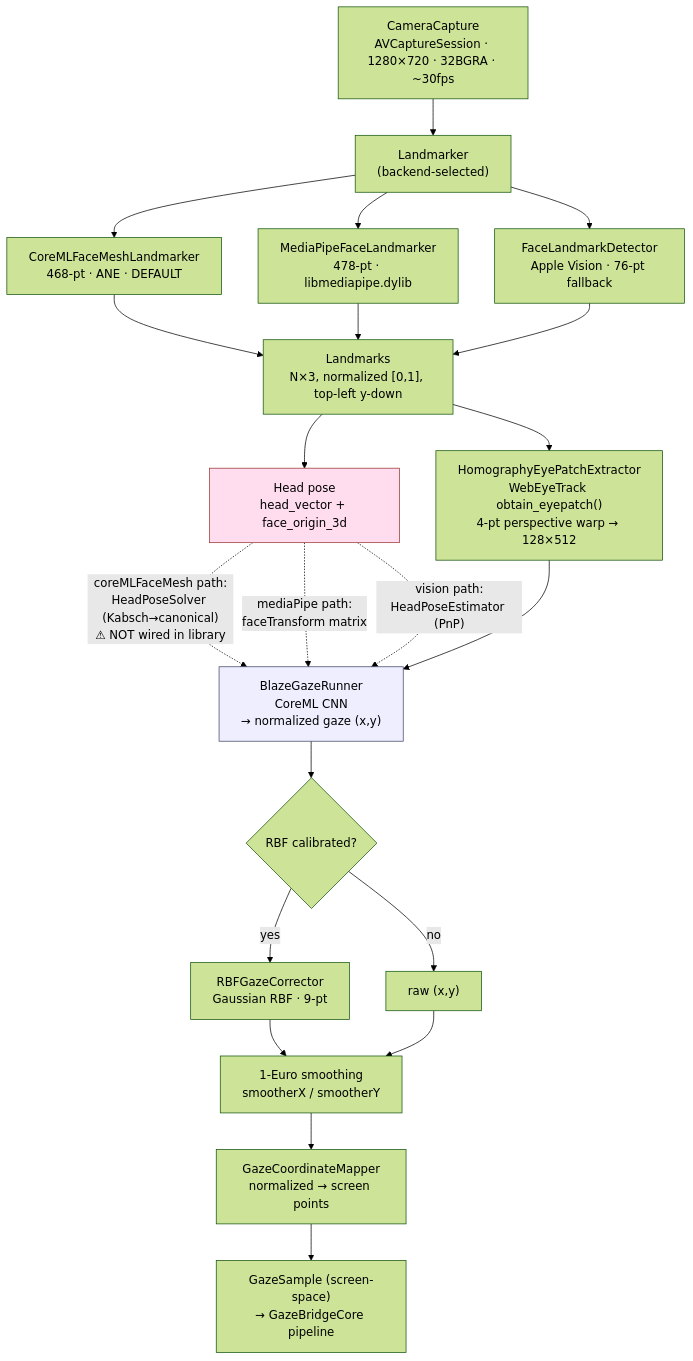
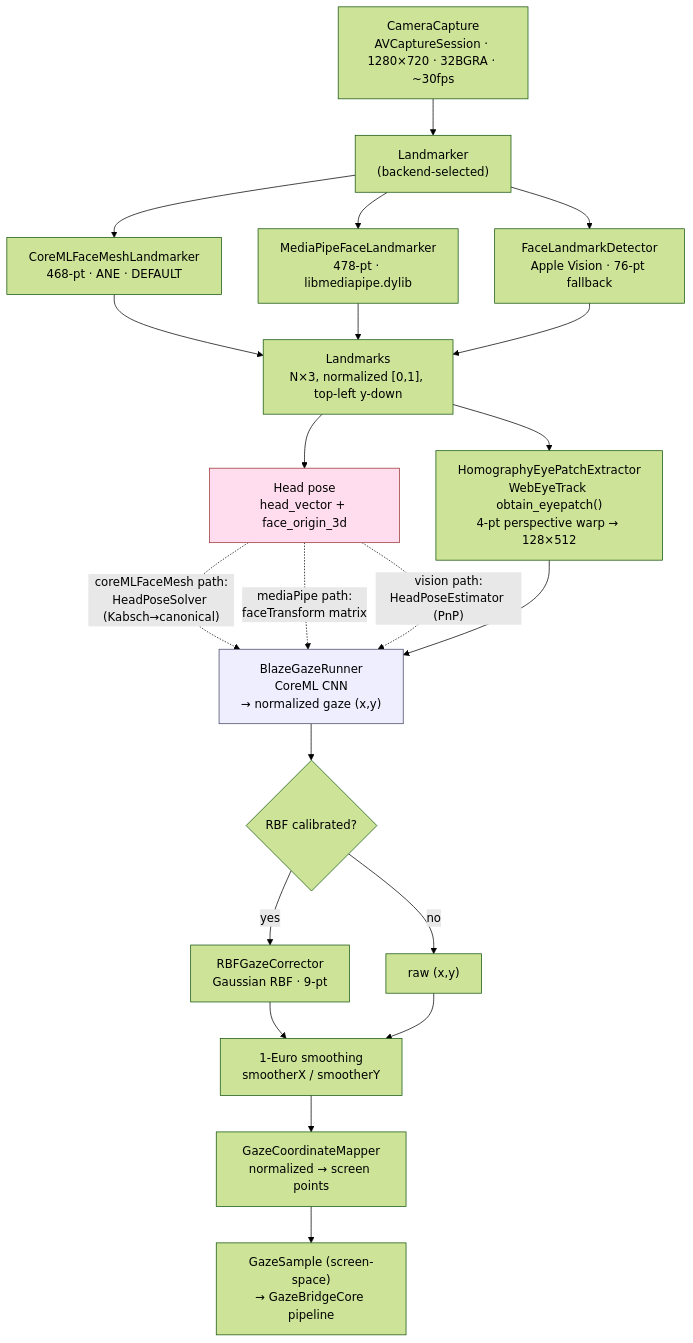
Before and after one commit to AACTools/MacGaze: the first of 2 diagrams in docs/MacGaze-Architecture.md, drawn with Mermaid (forest theme). The commit also changed other lines of this file and 4 other files, not shown here.

````diff
--- a/docs/MacGaze-Architecture.md
+++ b/docs/MacGaze-Architecture.md
@@ -24,38 +22,38 @@
 ```mermaid
 flowchart TD
     cam["CameraCapture<br/>AVCaptureSession · 1280×720 · 32BGRA · ~30fps"]
     lm["Landmarker<br/>(backend-selected)"]
     mesh["CoreMLFaceMeshLandmarker<br/>468-pt · ANE · DEFAULT"]
     mp["MediaPipeFaceLandmarker<br/>478-pt · libmediapipe.dylib"]
     vis["FaceLandmarkDetector<br/>Apple Vision · 76-pt fallback"]
 
     cam --> lm
     lm --> mesh
     lm --> mp
     lm --> vis
 
     mesh --> lmk["Landmarks<br/>N×3, normalized [0,1], top-left y-down"]
     mp --> lmk
     vis --> lmk
 
     lmk --> patch["HomographyEyePatchExtractor<br/>WebEyeTrack obtain_eyepatch()<br/>4-pt perspective warp → 128×512"]
     lmk --> pose["Head pose<br/>head_vector + face_origin_3d"]
 
-    pose -. "coreMLFaceMesh path:<br/>HeadPoseSolver (Kabsch→canonical)<br/>⚠ NOT wired in library" .-> blaze
+    pose -. "coreMLFaceMesh path:<br/>HeadPoseSolver (Kabsch→canonical)" .-> blaze
     pose -. "mediaPipe path:<br/>faceTransform matrix" .-> blaze
     pose -. "vision path:<br/>HeadPoseEstimator (PnP)" .-> blaze
 
     patch --> blaze["BlazeGazeRunner<br/>CoreML CNN<br/>→ normalized gaze (x,y)"]
     blaze --> rbf{"RBF calibrated?"}
     rbf -->|yes| corr["RBFGazeCorrector<br/>Gaussian RBF · 9-pt"]
     rbf -->|no| pass["raw (x,y)"]
     corr --> smooth
     pass --> smooth
 
     smooth["1-Euro smoothing<br/>smootherX / smootherY"]
     smooth --> map["GazeCoordinateMapper<br/>normalized → screen points"]
     map --> out["GazeSample (screen-space)<br/>→ GazeBridgeCore pipeline"]
 
     style pose fill:#fde,stroke:#933
     style blaze fill:#eef,stroke:#446
 ```
````
